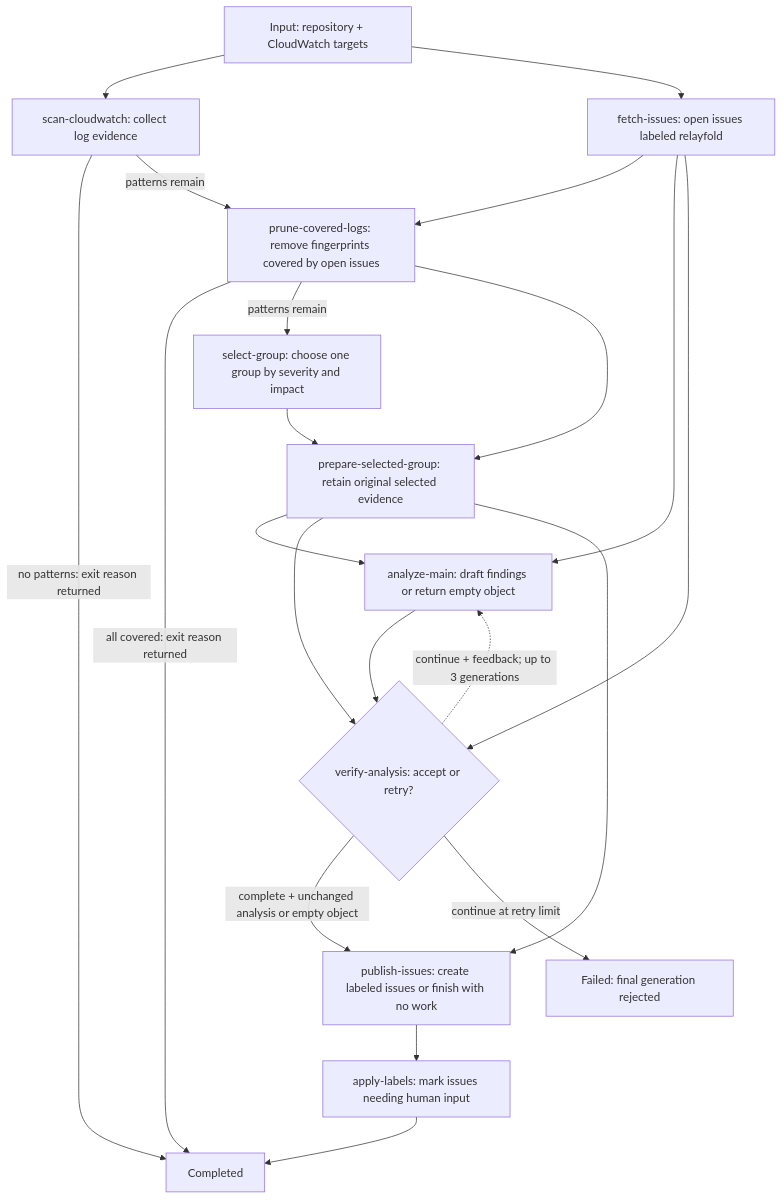
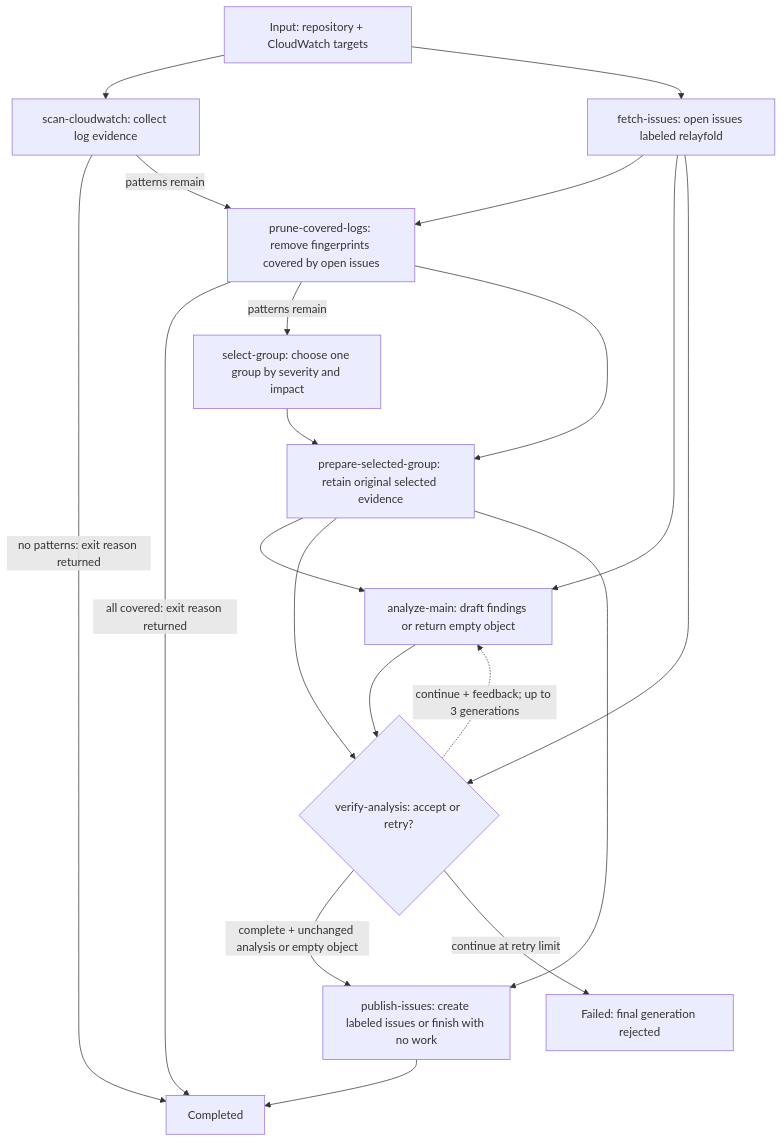
Before and after one commit to parsablelabs/relayfold: the diagram in website/src/content/docs/docs/examples/cloudwatch-workflow.md, drawn with Mermaid. The commit also changed other lines of this file and 62 other files, not shown here.

```diff
--- a/website/src/content/docs/docs/examples/cloudwatch-workflow.md
+++ b/website/src/content/docs/docs/examples/cloudwatch-workflow.md
@@ -13,36 +13,34 @@
 <pre class="mermaid">
 flowchart TD
     Input["Input: repository + CloudWatch targets"]
     Scan["scan-cloudwatch: collect log evidence"]
     Issues["fetch-issues: open issues labeled relayfold"]
     Prune["prune-covered-logs: remove fingerprints covered by open issues"]
     Select["select-group: choose one group by severity and impact"]
     Prepare["prepare-selected-group: retain original selected evidence"]
     Analyze["analyze-main: draft findings or return empty object"]
     Verify{"verify-analysis: accept or retry?"}
     Publish["publish-issues: create labeled issues or finish with no work"]
-    Labels["apply-labels: mark issues needing human input"]
     Done["Completed"]
     Failed["Failed: final generation rejected"]
 
     Input --> Scan
     Input --> Issues
     Scan -->|"no patterns: exit reason returned"| Done
     Scan -->|"patterns remain"| Prune
     Issues --> Prune
     Prune -->|"all covered: exit reason returned"| Done
     Prune -->|"patterns remain"| Select
     Prune --> Prepare
     Select --> Prepare
     Prepare --> Analyze
     Issues --> Analyze
     Prepare --> Verify
     Issues --> Verify
     Analyze --> Verify
     Verify -. "continue + feedback; up to 3 generations" .-> Analyze
     Verify -->|"complete + unchanged analysis or empty object"| Publish
     Prepare --> Publish
     Verify -->|"continue at retry limit"| Failed
-    Publish --> Labels
-    Labels --> Done
+    Publish --> Done
 </pre>
```
